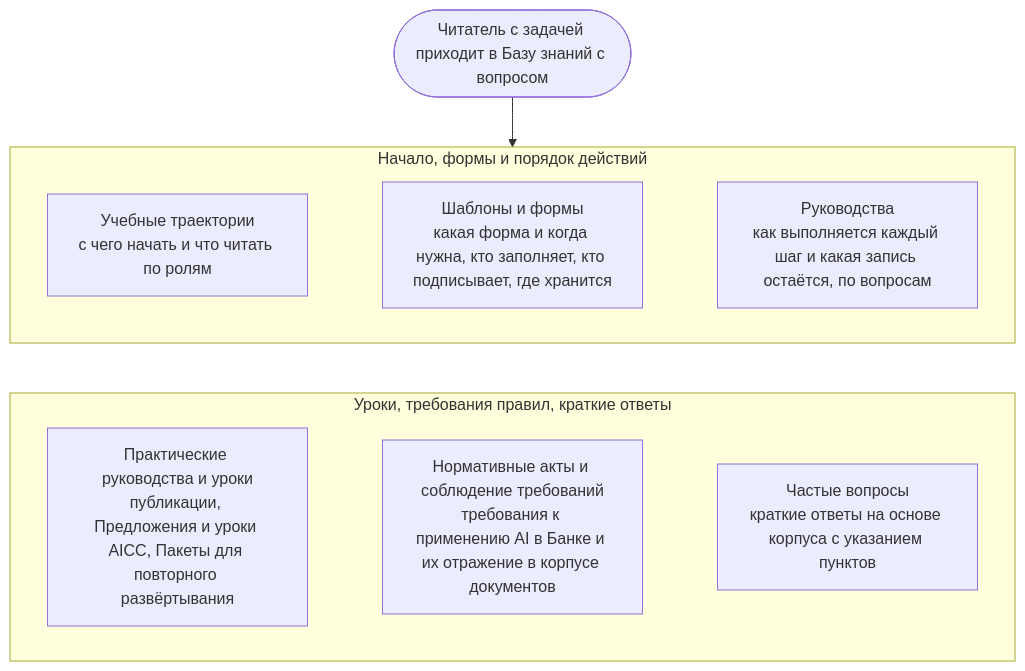
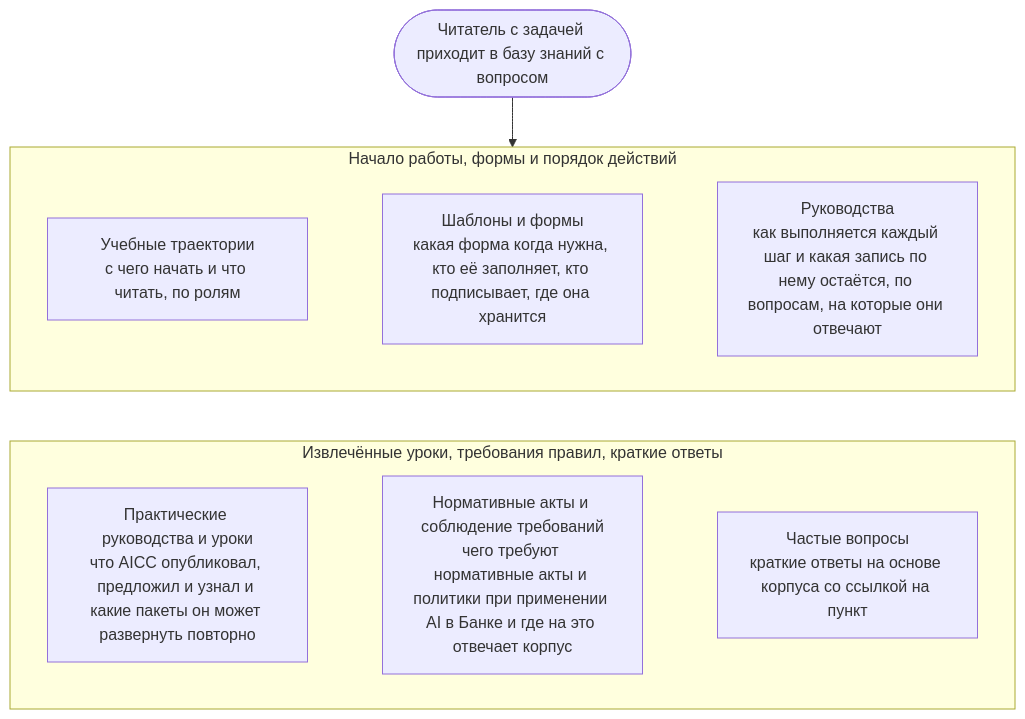
One commit to devhogu/ob-aicc changed the diagram in portal/content/ru/knowledge-base/overview.md. Above: the diagram before and after it, drawn with Mermaid. The commit also changed other lines of this file and 21 other files, not shown here.

````diff
--- a/portal/content/ru/knowledge-base/overview.md
+++ b/portal/content/ru/knowledge-base/overview.md
@@ -13,14 +13,14 @@
 ```mermaid
 flowchart TB
-  Q(["Читатель с задачей приходит в Базу знаний с вопросом"])
-  subgraph ROW1["Начало, формы и порядок действий"]
+  Q(["Читатель с задачей приходит в базу знаний с вопросом"])
+  subgraph ROW1["Начало работы, формы и порядок действий"]
     direction LR
-    L["Учебные траектории<br/>с чего начать и что читать по ролям"] ~~~ T["Шаблоны и формы<br/>какая форма и когда нужна, кто заполняет, кто подписывает, где хранится"] ~~~ G["Руководства<br/>как выполняется каждый шаг и какая запись остаётся, по вопросам"]
+    L["Учебные траектории<br/>с чего начать и что читать, по ролям"] ~~~ T["Шаблоны и формы<br/>какая форма когда нужна, кто её заполняет, кто подписывает, где она хранится"] ~~~ G["Руководства<br/>как выполняется каждый шаг и какая запись по нему остаётся, по вопросам, на которые они отвечают"]
   end
-  subgraph ROW2["Уроки, требования правил, краткие ответы"]
+  subgraph ROW2["Извлечённые уроки, требования правил, краткие ответы"]
     direction LR
-    P["Практические руководства и уроки<br/>публикации, Предложения и уроки AICC, Пакеты для повторного развёртывания"] ~~~ A["Нормативные акты и соблюдение требований<br/>требования к применению AI в Банке и их отражение в корпусе документов"] ~~~ F["Частые вопросы<br/>краткие ответы на основе корпуса с указанием пунктов"]
+    P["Практические руководства и уроки<br/>что AICC опубликовал, предложил и узнал и какие пакеты он может развернуть повторно"] ~~~ A["Нормативные акты и соблюдение требований<br/>чего требуют нормативные акты и политики при применении AI в Банке и где на это отвечает корпус"] ~~~ F["Частые вопросы<br/>краткие ответы на основе корпуса со ссылкой на пункт"]
   end
   Q --> ROW1
   ROW1 ~~~ ROW2
 ```
````
